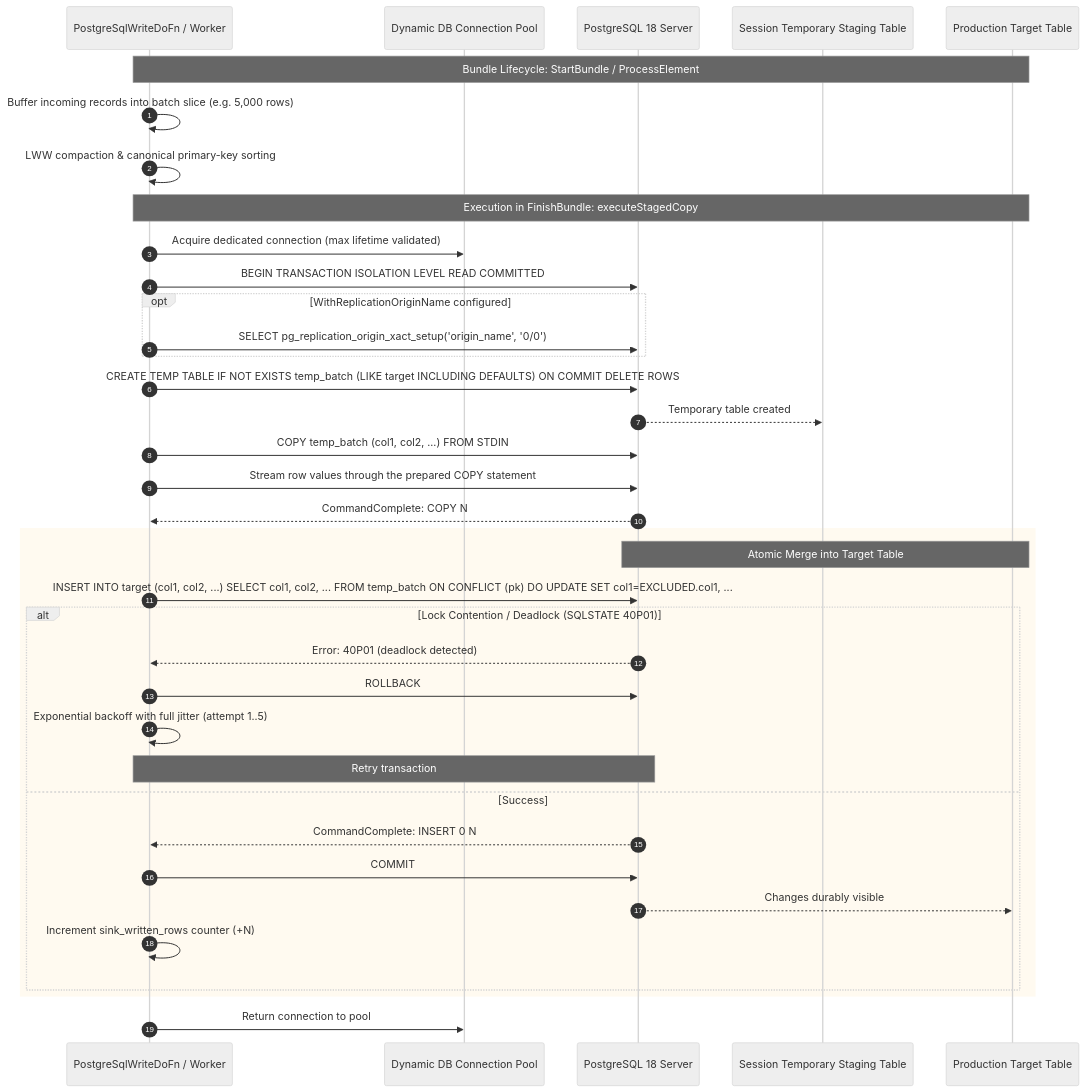
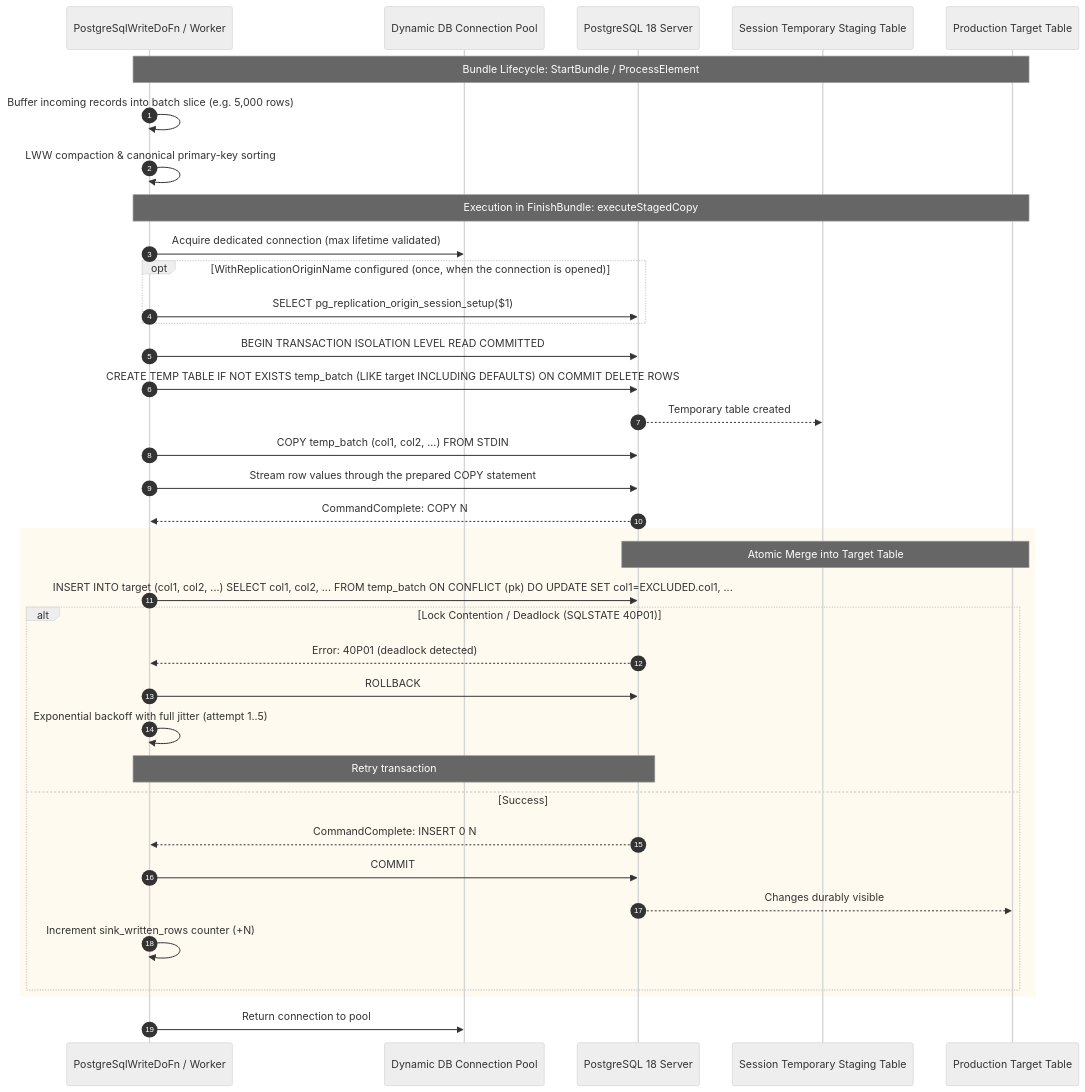
The second of 2 diagrams in sdks/go/pkg/beam/io/postgresio/CONTRIBUTING.md (jk-shah/beam), drawn with Mermaid (neutral theme) before and after one commit. The commit also changed 10 other files, not shown here.

First line of the commit message:
postgresio: fix replication origin tagging and address the third review pass

````diff
--- a/sdks/go/pkg/beam/io/postgresio/CONTRIBUTING.md
+++ b/sdks/go/pkg/beam/io/postgresio/CONTRIBUTING.md
@@ -76,45 +76,46 @@
 ```mermaid
 sequenceDiagram
     autonumber
     participant DoFn as PostgreSqlWriteDoFn / Worker
     participant Pool as Dynamic DB Connection Pool
     participant PG as PostgreSQL 18 Server
     participant Temp as Session Temporary Staging Table
     participant Target as Production Target Table
 
     Note over DoFn,Target: Bundle Lifecycle: StartBundle / ProcessElement
     DoFn->>DoFn: Buffer incoming records into batch slice (e.g. 5,000 rows)
     DoFn->>DoFn: LWW compaction & canonical primary-key sorting
 
     Note over DoFn,Target: Execution in FinishBundle: executeStagedCopy
     DoFn->>Pool: Acquire dedicated connection (max lifetime validated)
+
+    opt WithReplicationOriginName configured (once, when the connection is opened)
+        DoFn->>PG: SELECT pg_replication_origin_session_setup($1)
+    end
+
     DoFn->>PG: BEGIN TRANSACTION ISOLATION LEVEL READ COMMITTED
-
-    opt WithReplicationOriginName configured
-        DoFn->>PG: SELECT pg_replication_origin_xact_setup('origin_name', '0/0')
-    end
 
     DoFn->>PG: CREATE TEMP TABLE IF NOT EXISTS temp_batch (LIKE target INCLUDING DEFAULTS) ON COMMIT DELETE ROWS
     PG-->>Temp: Temporary table created
 
     DoFn->>PG: COPY temp_batch (col1, col2, ...) FROM STDIN
     DoFn->>PG: Stream row values through the prepared COPY statement
     PG-->>DoFn: CommandComplete: COPY N
 
     rect rgb(255, 250, 240)
         Note over PG,Target: Atomic Merge into Target Table
         DoFn->>PG: INSERT INTO target (col1, col2, ...) SELECT col1, col2, ... FROM temp_batch ON CONFLICT (pk) DO UPDATE SET col1=EXCLUDED.col1, ...
         alt Lock Contention / Deadlock (SQLSTATE 40P01)
             PG-->>DoFn: Error: 40P01 (deadlock detected)
             DoFn->>PG: ROLLBACK
             DoFn->>DoFn: Exponential backoff with full jitter (attempt 1..5)
             Note over DoFn,PG: Retry transaction
         else Success
             PG-->>DoFn: CommandComplete: INSERT 0 N
             DoFn->>PG: COMMIT
             PG-->>Target: Changes durably visible
             DoFn->>DoFn: Increment sink_written_rows counter (+N)
         end
     end
     DoFn->>Pool: Return connection to pool
 ```
````
